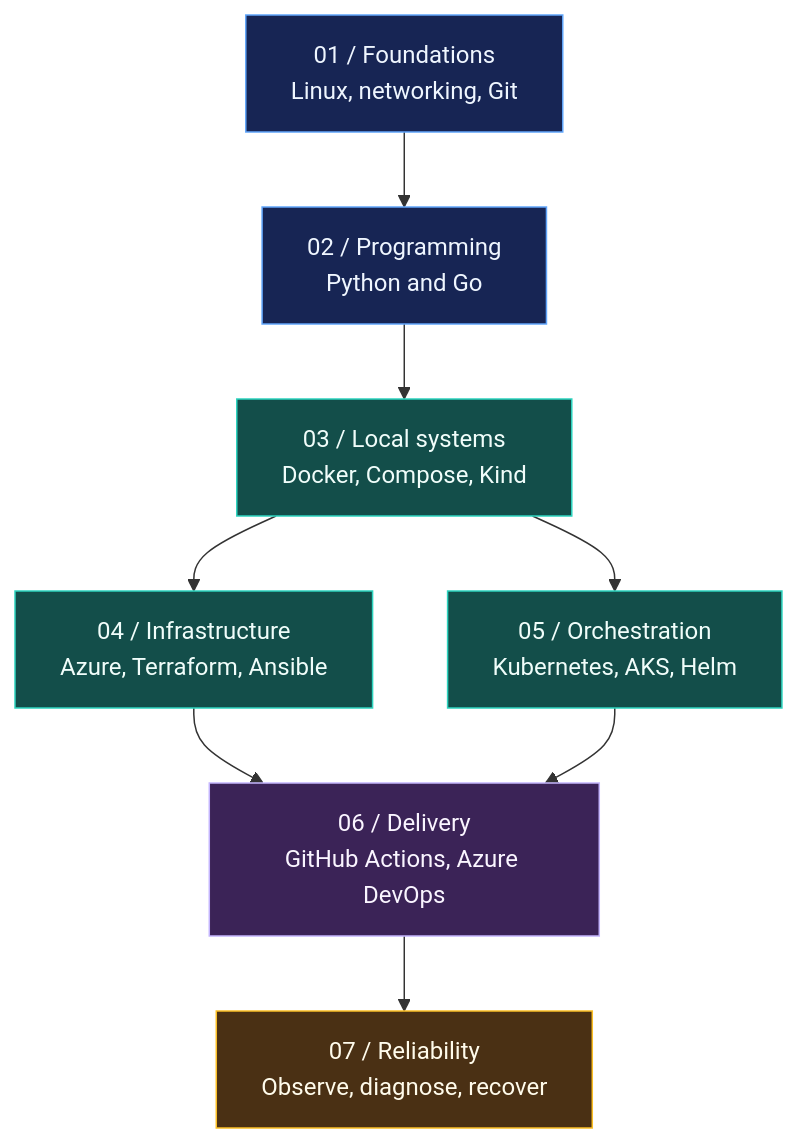
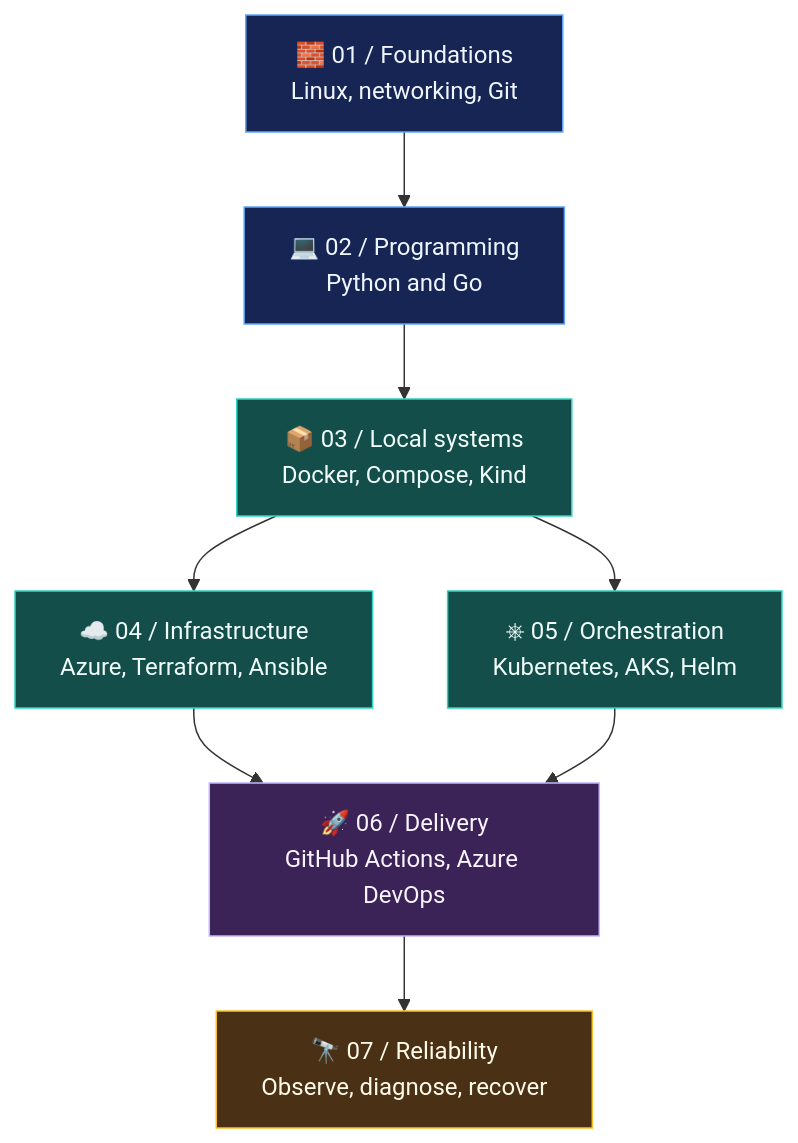
The diagram in README.md (thesyscoderx/thesyscoderx), drawn with Mermaid before and after one commit. The commit also changed other lines of this file and 3 other files, not shown here.

````diff
--- a/README.md
+++ b/README.md
@@ -44,19 +56,19 @@
 ```mermaid
 flowchart TD
-    A["01 / Foundations<br/>Linux, networking, Git"] --> B["02 / Programming<br/>Python and Go"]
-    B --> C["03 / Local systems<br/>Docker, Compose, Kind"]
-    C --> D["04 / Infrastructure<br/>Azure, Terraform, Ansible"]
-    C --> E["05 / Orchestration<br/>Kubernetes, AKS, Helm"]
-    D --> F["06 / Delivery<br/>GitHub Actions, Azure DevOps"]
+    A["🧱 01 / Foundations<br/>Linux, networking, Git"] --> B["💻 02 / Programming<br/>Python and Go"]
+    B --> C["📦 03 / Local systems<br/>Docker, Compose, Kind"]
+    C --> D["☁️ 04 / Infrastructure<br/>Azure, Terraform, Ansible"]
+    C --> E["⎈ 05 / Orchestration<br/>Kubernetes, AKS, Helm"]
+    D --> F["🚀 06 / Delivery<br/>GitHub Actions, Azure DevOps"]
     E --> F
-    F --> G["07 / Reliability<br/>Observe, diagnose, recover"]
+    F --> G["🔭 07 / Reliability<br/>Observe, diagnose, recover"]
 
     classDef foundations fill:#172554,stroke:#60a5fa,color:#eff6ff
     classDef building fill:#134e4a,stroke:#2dd4bf,color:#f0fdfa
     classDef delivery fill:#3b2357,stroke:#c4b5fd,color:#faf5ff
     classDef reliability fill:#4a3014,stroke:#fbbf24,color:#fffbeb
     class A,B foundations
     class C,D,E building
     class F delivery
     class G reliability
 ```
````
